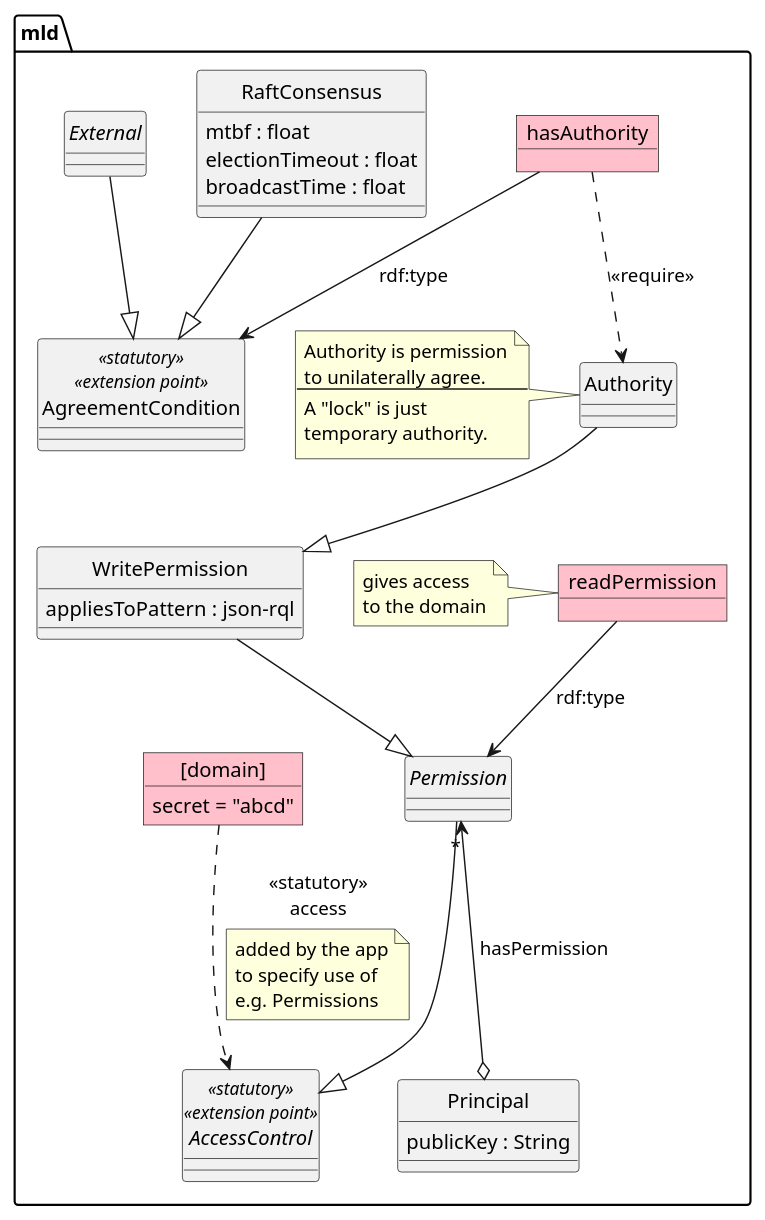
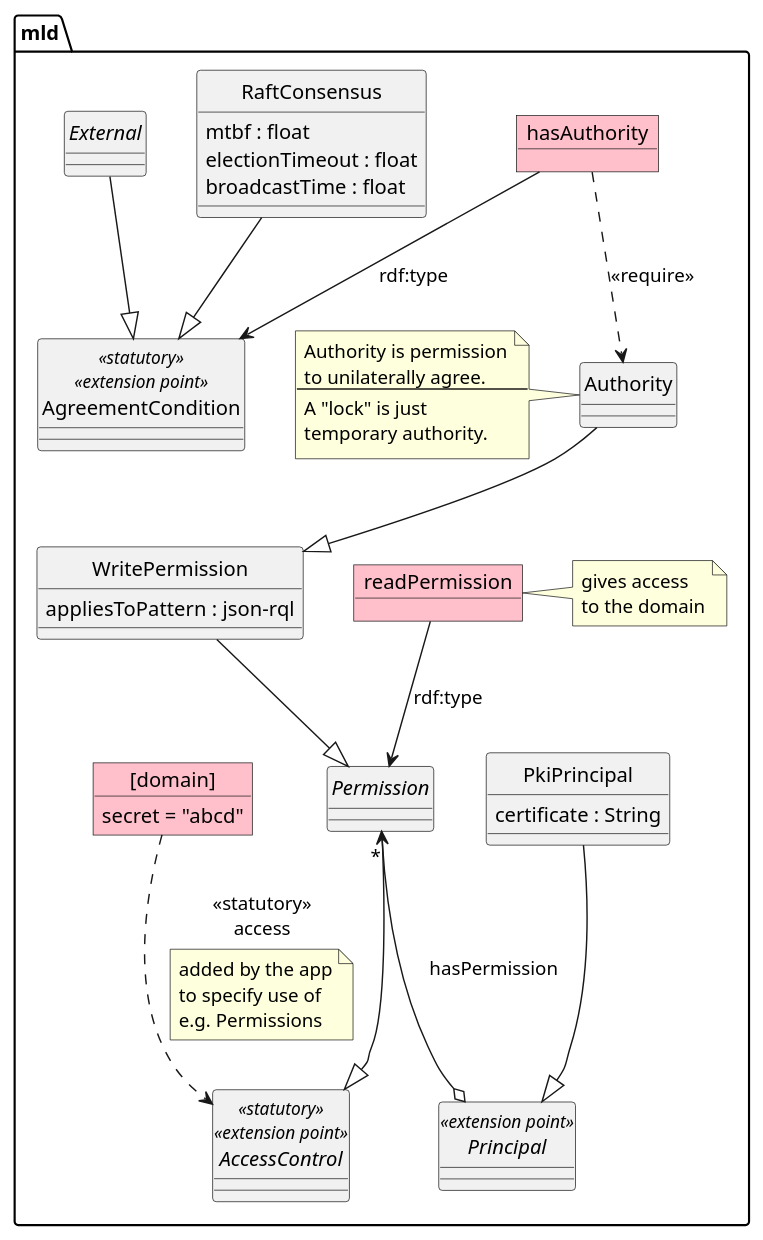
One commit to m-ld/m-ld-security-spec changed the diagram in design/agreement.class.puml. Above: the diagram before and after it, drawn with PlantUML. The commit also changed 8 other files, not shown here.

```diff
--- a/design/agreement.class.puml
+++ b/design/agreement.class.puml
@@ -1,69 +1,71 @@
 @startuml
 'https://plantuml.com/object-diagram
 hide circle
 
 skinparam object {
   BackgroundColor Pink
 }
 
 package mld {
 
 class AgreementCondition <<statutory>> <<extension point>>
 
-class Principal {
-  publicKey : String
+abstract class Principal <<extension point>>
+class PkiPrincipal {
+  certificate : String
 }
+PkiPrincipal --|> Principal
 
 class Authority
 note left
 Authority is permission
 to unilaterally agree.
 ---
 A "lock" is just
 temporary authority.
 end note
 object hasAuthority
 hasAuthority --> AgreementCondition : rdf:type
 hasAuthority ..> Authority : <<require>>
 Permission "*" <--o Principal : hasPermission
 
 abstract class Permission
 Permission --|> AccessControl
 
 class WritePermission {
   appliesToPattern : json-rql
 }
 Authority --|> WritePermission
 WritePermission --|> Permission
 
 object readPermission
-note left
+note right
 gives access
 to the domain
 end note
 readPermission --> Permission : rdf:type
 
 class RaftConsensus {
   mtbf : float
   electionTimeout : float
   broadcastTime : float
 }
 RaftConsensus --|> AgreementCondition
 
 abstract class External
 External --|> AgreementCondition
 
 object "[domain]" as domain {
   secret = "abcd"
 }
 
 abstract class AccessControl <<statutory>> <<extension point>>
 domain ..> AccessControl : <<statutory>>\naccess
 note on link
 added by the app
 to specify use of
 e.g. Permissions
 end note
 
 }
 @enduml
```
